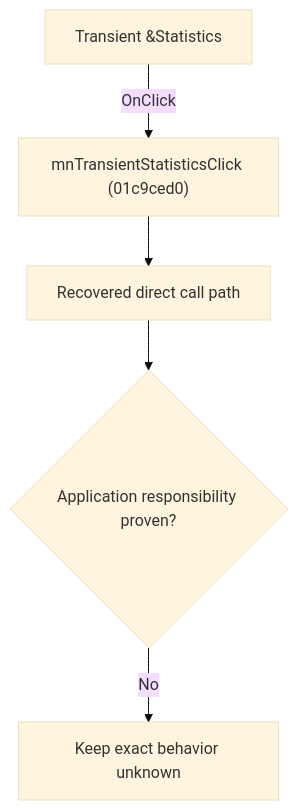
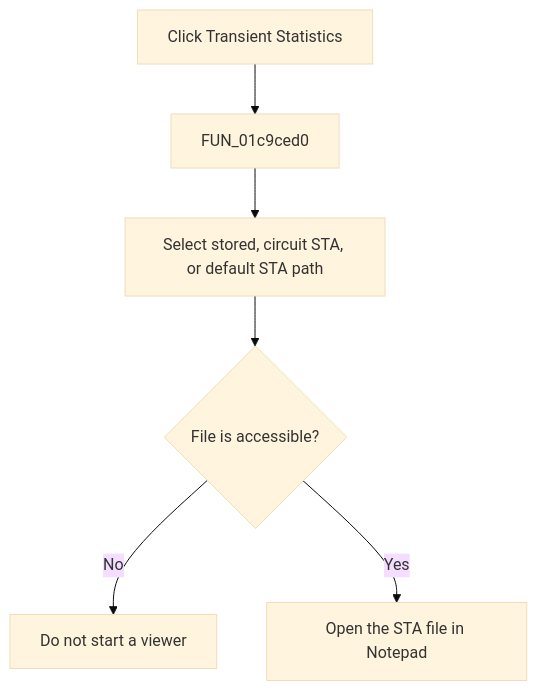
One commit to MovGP0/TIARA changed the diagram in docs/ui-controls/schematiceditor/mntransientstatistics-36dc11e456.md. Above: the diagram before and after it, drawn with Mermaid (base theme). The commit also changed other lines of this file and 241 other files, not shown here.

````diff
--- a/docs/ui-controls/schematiceditor/mntransientstatistics-36dc11e456.md
+++ b/docs/ui-controls/schematiceditor/mntransientstatistics-36dc11e456.md
@@ -27,7 +27,8 @@
 ```mermaid
 flowchart TD
-    control["Transient &Statistics"] -->|"OnClick"| handler["mnTransientStatisticsClick (01c9ced0)"]
-    handler --> recovered["Recovered direct call path"]
-    recovered --> gap{"Application responsibility proven?"}
-    gap -->|"No"| blocked["Keep exact behavior unknown"]
+    control["Click Transient Statistics"] --> handler["FUN_01c9ced0"]
+    handler --> path["Select stored, circuit STA, or default STA path"]
+    path --> exists{"File is accessible?"}
+    exists -->|"No"| noop["Do not start a viewer"]
+    exists -->|"Yes"| open["Open the STA file in Notepad"]
 ```
````
